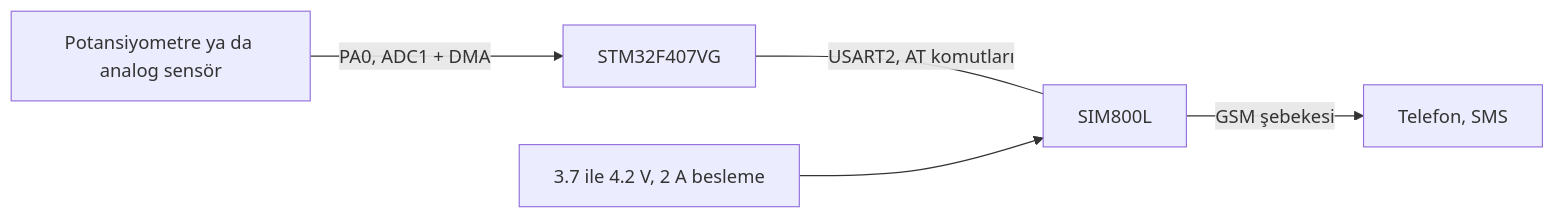
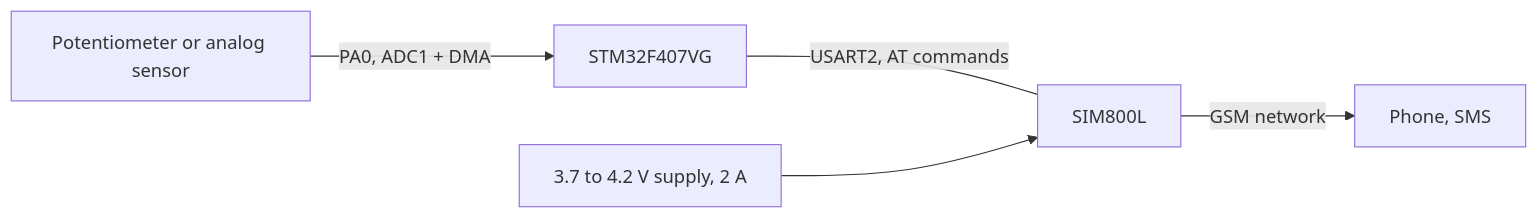
The diagram in README.md (meyubcan/stm32-sim800l-sms-alarm), drawn with Mermaid before and after one commit. The commit also changed other lines of this file and 1 other file, not shown here.

````diff
--- a/README.md
+++ b/README.md
@@ -9,7 +13,7 @@
 ```mermaid
 flowchart LR
-    POT[Potansiyometre ya da analog sensör] -- "PA0, ADC1 + DMA" --> MCU[STM32F407VG]
-    MCU -- "USART2, AT komutları" --- GSM[SIM800L]
-    GSM -- "GSM şebekesi" --> TEL[Telefon, SMS]
-    BAT[3.7 ile 4.2 V, 2 A besleme] --> GSM
+    POT[Potentiometer or analog sensor] -- "PA0, ADC1 + DMA" --> MCU[STM32F407VG]
+    MCU -- "USART2, AT commands" --- GSM[SIM800L]
+    GSM -- "GSM network" --> TEL[Phone, SMS]
+    BAT[3.7 to 4.2 V supply, 2 A] --> GSM
 ```
````
